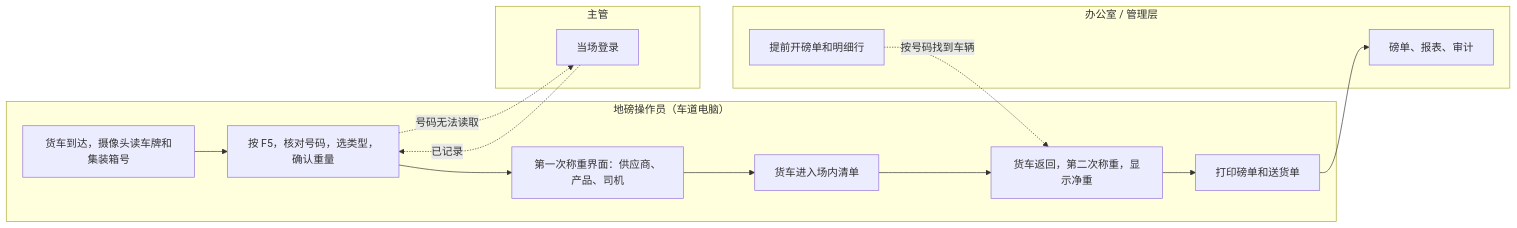
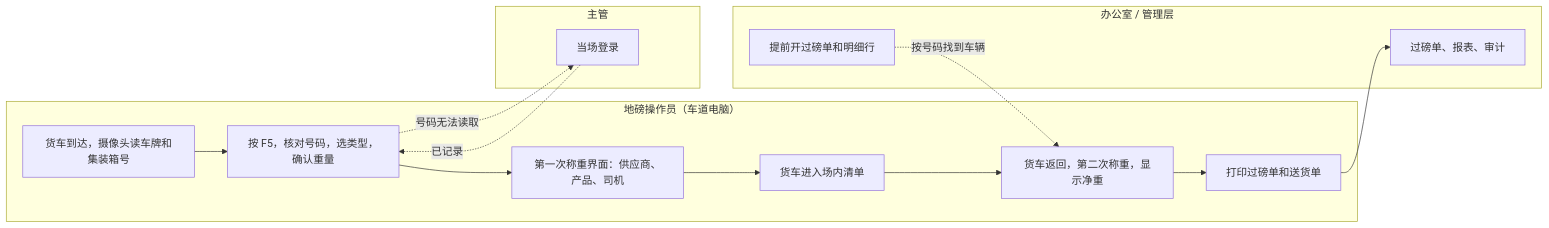
The first of 10 diagrams in docs/MODULE_REFERENCE.zh-CN.md (Domain-Application/Application_All_Cosmos), drawn with Mermaid before and after one commit. The commit also changed other lines of this file and 1 other file, not shown here.

Commit message:
docs: Chinese terms aligned (过磅单 for ticket, 合约 for contract) in glossary and prose, EN and zh-CN

````diff
--- a/docs/MODULE_REFERENCE.zh-CN.md
+++ b/docs/MODULE_REFERENCE.zh-CN.md
@@ -114,21 +114,21 @@
 ```mermaid
 flowchart LR
   subgraph Lane["地磅操作员（车道电脑）"]
     A1["货车到达，摄像头读车牌和集装箱号"] --> A2["按 F5，核对号码，选类型，确认重量"]
     A2 --> A3["第一次称重界面：供应商、产品、司机"]
     A3 --> A4["货车进入场内清单"]
     A4 --> A5["货车返回，第二次称重，显示净重"]
-    A5 --> A6["打印磅单和送货单"]
+    A5 --> A6["打印过磅单和送货单"]
   end
   subgraph Sup["主管"]
     S1["当场登录"]
   end
   subgraph Office["办公室 / 管理层"]
-    O1["提前开磅单和明细行"]
-    O2["磅单、报表、审计"]
+    O1["提前开过磅单和明细行"]
+    O2["过磅单、报表、审计"]
   end
   O1 -. "按号码找到车辆" .-> A5
   A2 -. "号码无法读取" .-> S1
   S1 -. "已记录" .-> A2
   A6 --> O2
 ```
````
